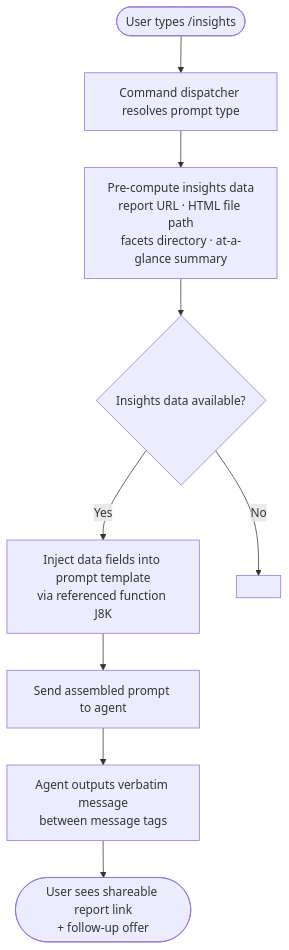
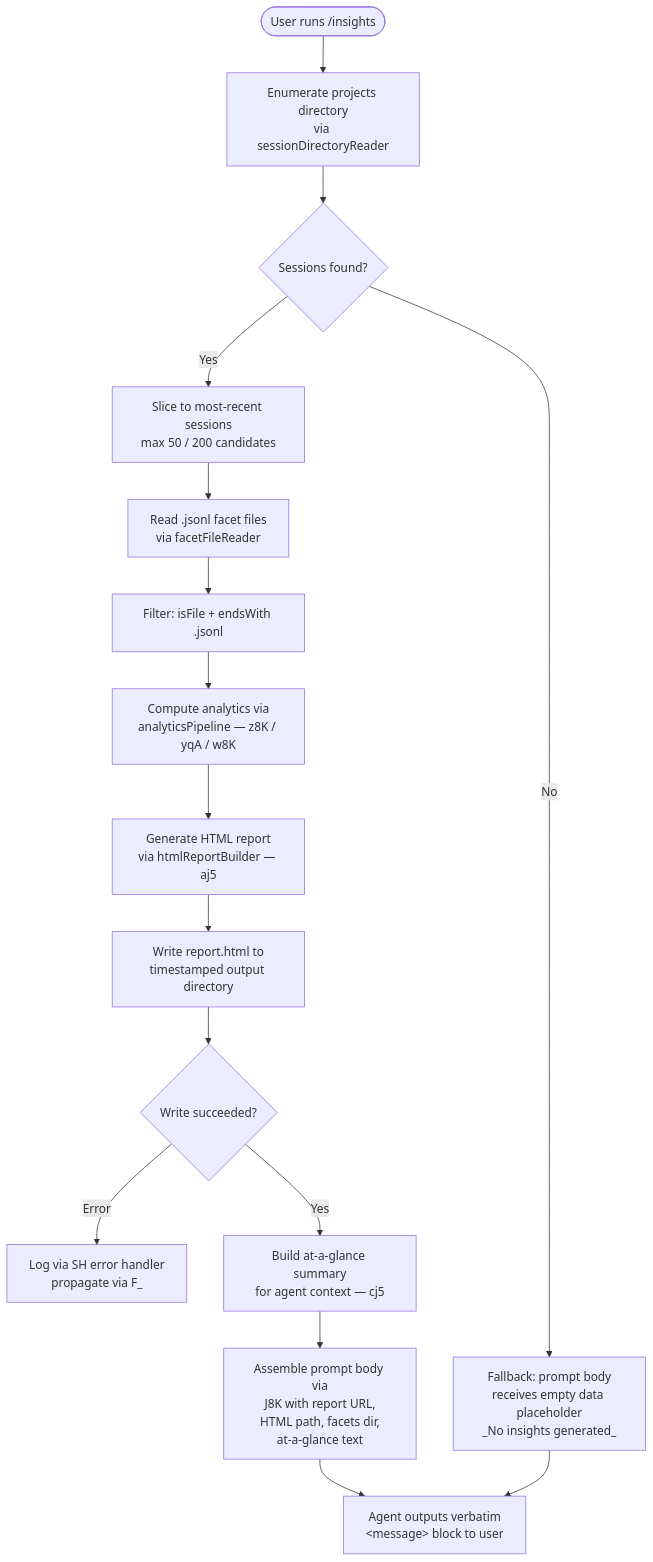
One commit to MyLittleLuckyDog/cc-gnothi changed the diagram in versions/v2.1.158/insights.md. Above: the diagram before and after it, drawn with Mermaid. The commit also changed other lines of this file and 593 other files, not shown here.

````diff
--- a/versions/v2.1.158/insights.md
+++ b/versions/v2.1.158/insights.md
@@ -46,11 +57,18 @@
 ```mermaid
 flowchart TD
-    A([User types /insights]) --> B[Command dispatcher resolves prompt type]
-    B --> C[Pre-compute insights data\nreport URL · HTML file path\nfacets directory · at-a-glance summary]
-    C --> D{Insights data available?}
-    D -- Yes --> E[Inject data fields into prompt template\nvia referenced function J8K]
-    D -- No --> F[<!-- TODO: not found in depth-2 traversal; needs --depth 4 -->]
-    E --> G[Send assembled prompt to agent]
-    G --> H[Agent outputs verbatim message\nbetween message tags]
-    H --> I([User sees shareable report link\n+ follow-up offer])
+    A([User runs /insights]) --> B[Enumerate projects directory\nvia sessionDirectoryReader]
+    B --> C{Sessions found?}
+    C -- No --> D[Fallback: prompt body\nreceives empty data placeholder\n_No insights generated_]
+    C -- Yes --> E[Slice to most-recent sessions\nmax 50 / 200 candidates]
+    E --> F[Read .jsonl facet files\nvia facetFileReader]
+    F --> G[Filter: isFile + endsWith .jsonl]
+    G --> H[Compute analytics via\nanalyticsPipeline — z8K / yqA / w8K]
+    H --> I[Generate HTML report\nvia htmlReportBuilder — aj5]
+    I --> J[Write report.html to\ntimestamped output directory]
+    J --> K{Write succeeded?}
+    K -- Error --> L[Log via SH error handler\npropagate via F_]
+    K -- Yes --> M[Build at-a-glance summary\nfor agent context — cj5]
+    M --> N[Assemble prompt body via\nJ8K with report URL,\nHTML path, facets dir,\nat-a-glance text]
+    N --> O[Agent outputs verbatim\n&lt;message&gt; block to user]
+    D --> O
 ```
````
